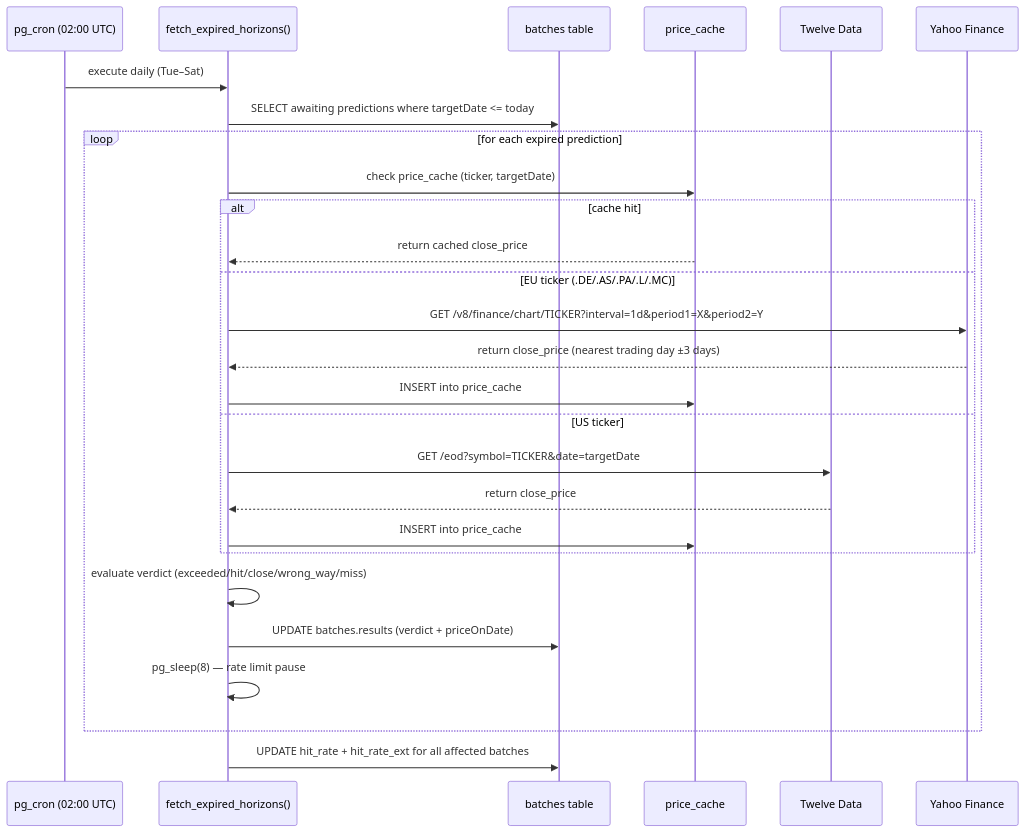
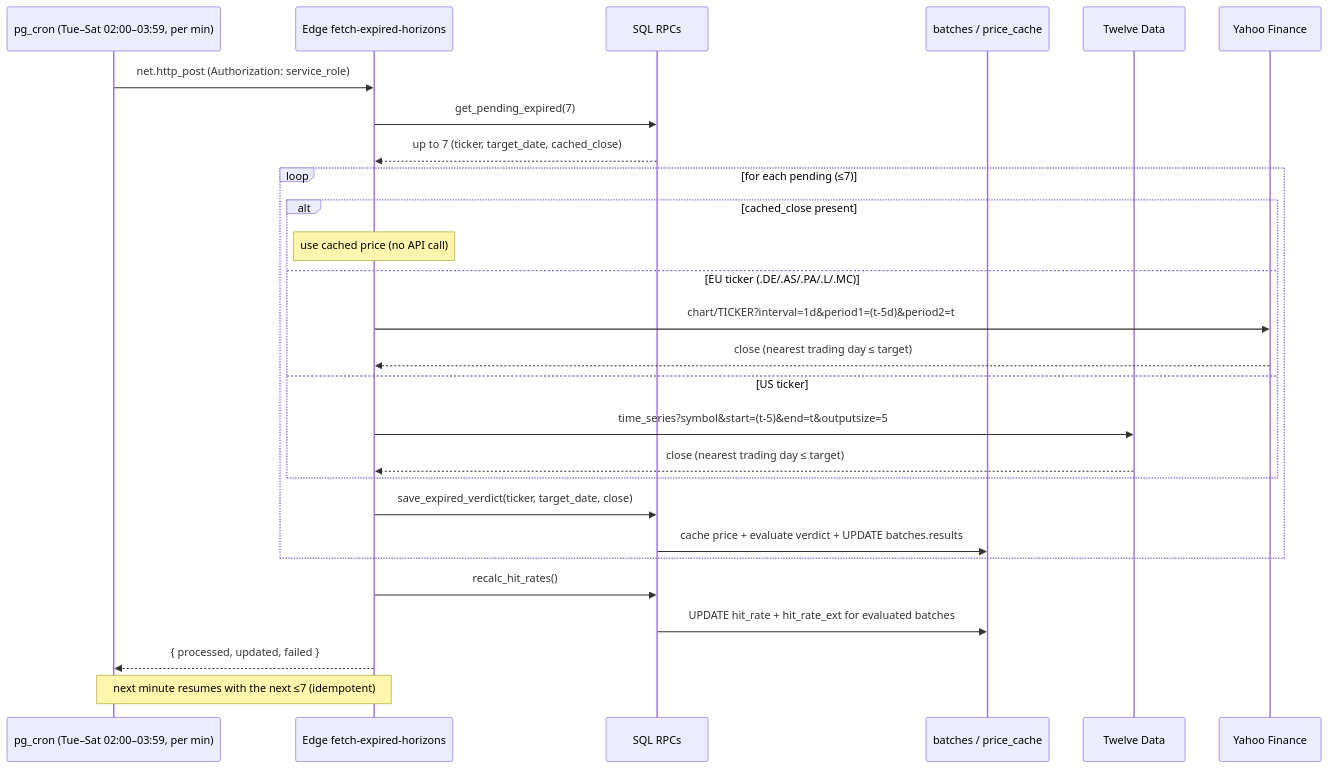
Before and after one commit to alpyengine/openbank-price-prediction: the fourth of 9 diagrams in docs/openbank-forecast-uml.md, drawn with Mermaid. The commit also changed other lines of this file and 10 other files, not shown here.

First line of the commit message:
feat: move price fetching to Supabase Edge Functions (v7.9.0)

````diff
--- a/docs/openbank-forecast-uml.md
+++ b/docs/openbank-forecast-uml.md
@@ -216,30 +226,30 @@
 ```mermaid
 sequenceDiagram
-    participant CRON as pg_cron (02:00 UTC)
-    participant FN as fetch_expired_horizons()
-    participant DB as batches table
-    participant PC as price_cache
+    participant CRON as pg_cron (Tue–Sat 02:00–03:59, per min)
+    participant EF as Edge fetch-expired-horizons
+    participant RPC as SQL RPCs
+    participant DB as batches / price_cache
     participant TD as Twelve Data
     participant YF as Yahoo Finance
 
-    CRON->>FN: execute daily (Tue–Sat)
-    FN->>DB: SELECT awaiting predictions where targetDate <= today
-    loop for each expired prediction
-        FN->>PC: check price_cache (ticker, targetDate)
-        alt cache hit
-            PC-->>FN: return cached close_price
+    CRON->>EF: net.http_post (Authorization: service_role)
+    EF->>RPC: get_pending_expired(7)
+    RPC-->>EF: up to 7 (ticker, target_date, cached_close)
+    loop for each pending (≤7)
+        alt cached_close present
+            note over EF: use cached price (no API call)
         else EU ticker (.DE/.AS/.PA/.L/.MC)
-            FN->>YF: GET /v8/finance/chart/TICKER?interval=1d&period1=X&period2=Y
-            YF-->>FN: return close_price (nearest trading day ±3 days)
-            FN->>PC: INSERT into price_cache
+            EF->>YF: chart/TICKER?interval=1d&period1=(t-5d)&period2=t
+            YF-->>EF: close (nearest trading day ≤ target)
         else US ticker
-            FN->>TD: GET /eod?symbol=TICKER&date=targetDate
-            TD-->>FN: return close_price
-            FN->>PC: INSERT into price_cache
+            EF->>TD: time_series?symbol&start=(t-5)&end=t&outputsize=5
+            TD-->>EF: close (nearest trading day ≤ target)
         end
-        FN->>FN: evaluate verdict (exceeded/hit/close/wrong_way/miss)
-        FN->>DB: UPDATE batches.results (verdict + priceOnDate)
-        FN->>FN: pg_sleep(8) — rate limit pause
+        EF->>RPC: save_expired_verdict(ticker, target_date, close)
+        RPC->>DB: cache price + evaluate verdict + UPDATE batches.results
     end
-    FN->>DB: UPDATE hit_rate + hit_rate_ext for all affected batches
+    EF->>RPC: recalc_hit_rates()
+    RPC->>DB: UPDATE hit_rate + hit_rate_ext for evaluated batches
+    EF-->>CRON: { processed, updated, failed }
+    note over CRON,EF: next minute resumes with the next ≤7 (idempotent)
 ```
````
